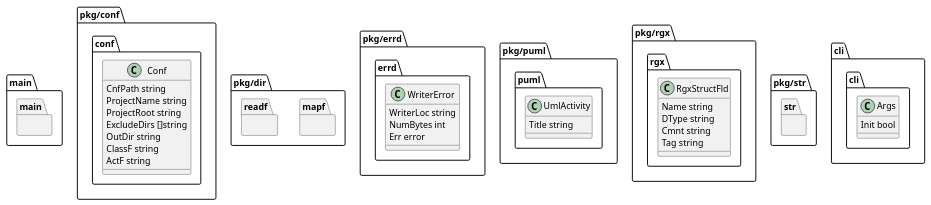
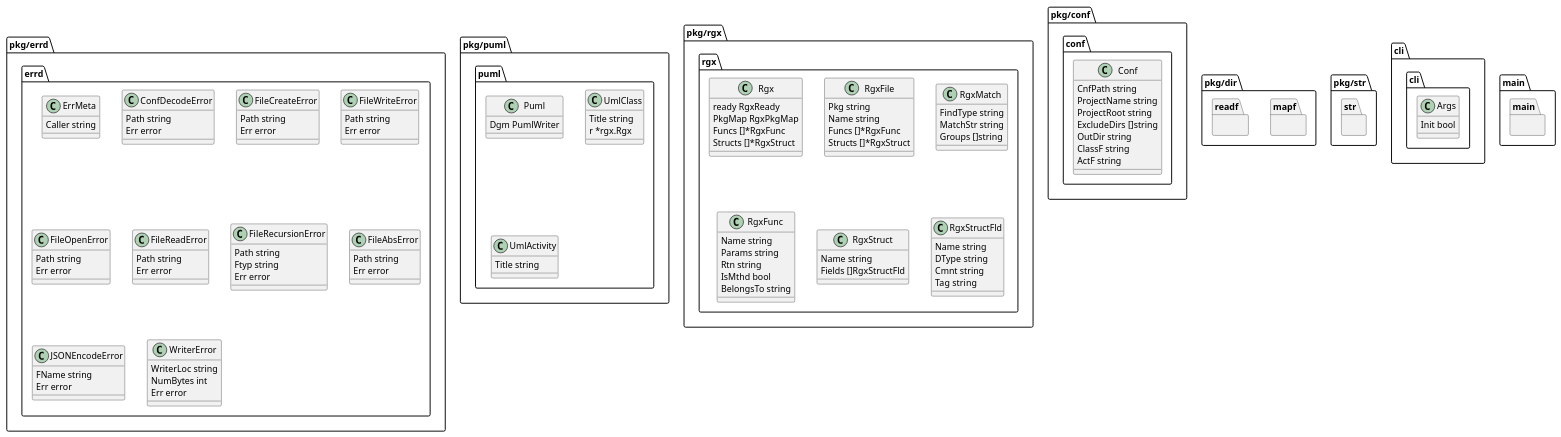
The diagram in pumlout/uml_class.puml (jdetok/gopuml), drawn with PlantUML before and after one commit. The commit also changed 3 other files, not shown here.

```diff
--- a/pumlout/uml_class.puml
+++ b/pumlout/uml_class.puml
@@ -1,63 +1,134 @@
 @startuml Test UML Class
-package main {
-	package main {
-	}
-}
 package pkg/conf {
 	package conf {
 		class Conf {
 			CnfPath string
 			ProjectName string
 			ProjectRoot string
 			ExcludeDirs []string
 			OutDir string
 			ClassF string
 			ActF string
 		}
 	}
 }
 package pkg/dir {
 	package mapf {
 	}
 	package readf {
 	}
 }
 package pkg/errd {
 	package errd {
+		class ErrMeta {
+			Caller string
+		}
+		class ConfDecodeError {
+			Path string
+			Err error
+		}
+		class FileCreateError {
+			Path string
+			Err error
+		}
+		class FileWriteError {
+			Path string
+			Err error
+		}
+		class FileOpenError {
+			Path string
+			Err error
+		}
+		class FileReadError {
+			Path string
+			Err error
+		}
+		class FileRecursionError {
+			Path string
+			Ftyp string
+			Err error
+		}
+		class FileAbsError {
+			Path string
+			Err error
+		}
+		class JSONEncodeError {
+			FName string
+			Err error
+		}
 		class WriterError {
 			WriterLoc string
 			NumBytes int
 			Err error
 		}
 	}
 }
 package pkg/puml {
 	package puml {
+		class Puml {
+			Dgm PumlWriter
+		}
+		class UmlClass {
+			Title string
+			r *rgx.Rgx
+		}
 		class UmlActivity {
 			Title string
 		}
 	}
 }
 package pkg/rgx {
 	package rgx {
+		class Rgx {
+			ready RgxReady
+			PkgMap RgxPkgMap
+			Funcs []*RgxFunc
+			Structs []*RgxStruct
+		}
+		class RgxFile {
+			Pkg string
+			Name string
+			Funcs []*RgxFunc
+			Structs []*RgxStruct
+		}
+		class RgxMatch {
+			FindType string
+			MatchStr string
+			Groups []string
+		}
+		class RgxFunc {
+			Name string
+			Params string
+			Rtn string
+			IsMthd bool
+			BelongsTo string
+		}
+		class RgxStruct {
+			Name string
+			Fields []RgxStructFld
+		}
 		class RgxStructFld {
 			Name string
 			DType string
 			Cmnt string
 			Tag string
 		}
 	}
 }
 package pkg/str {
 	package str {
 	}
 }
 package cli {
 	package cli {
 		class Args {
 			Init bool
 		}
 	}
 }
+package main {
+	package main {
+	}
+}
 
 @enduml
```
